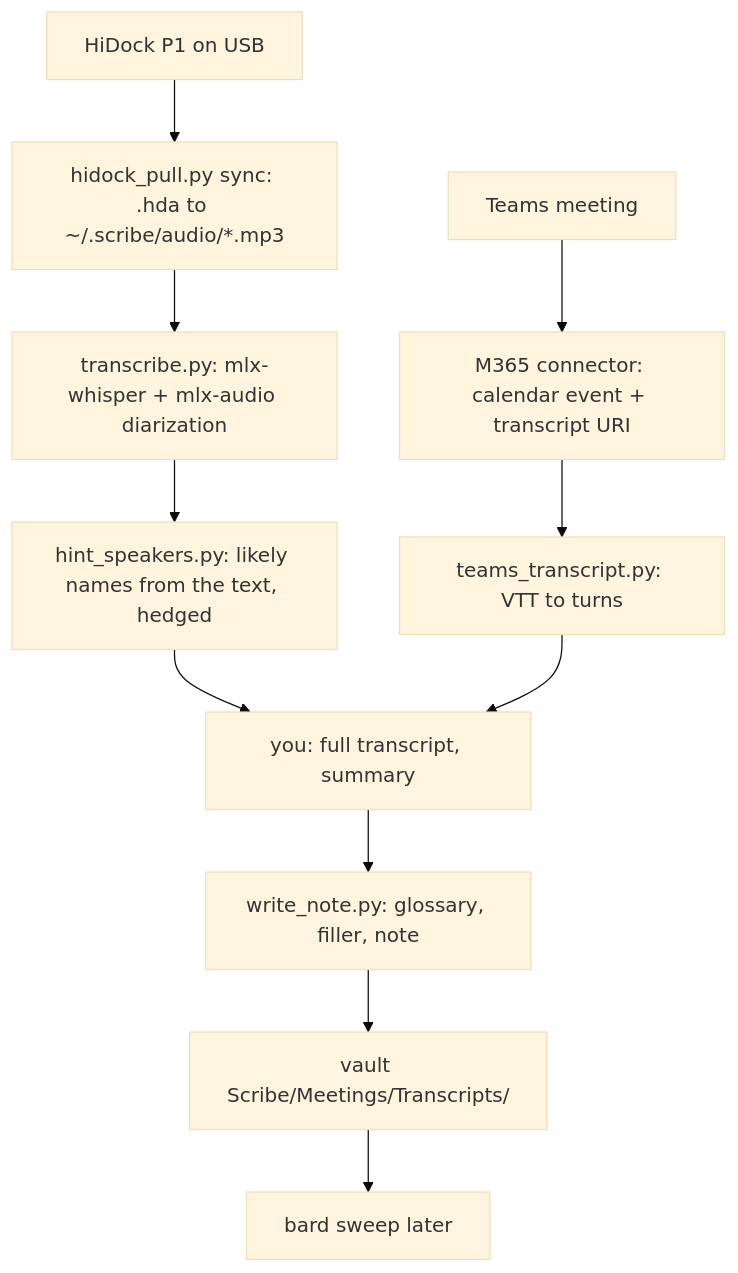
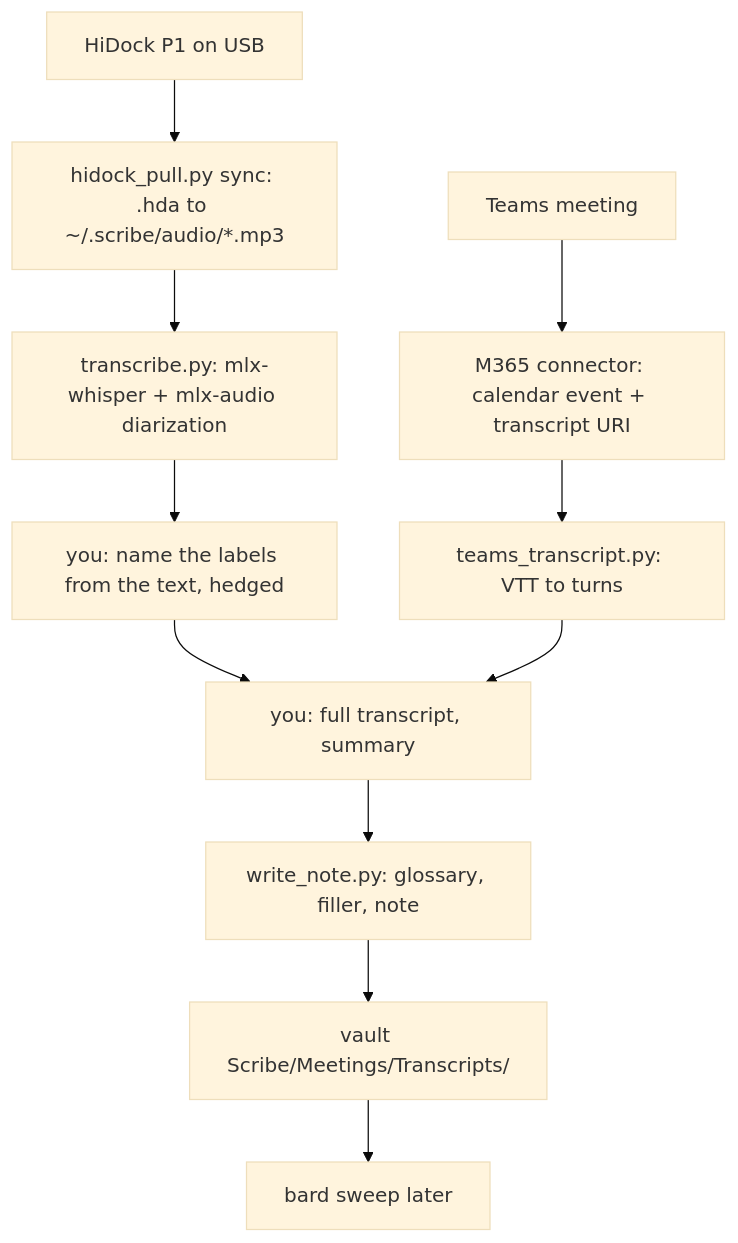
The diagram in scribe/SKILL.md (acastro2/alex-skills), drawn with Mermaid (base theme) before and after one commit. The commit also changed other lines of this file and 5 other files, not shown here.

````diff
--- a/scribe/SKILL.md
+++ b/scribe/SKILL.md
@@ -22,13 +22,13 @@
 ```mermaid
 graph TD
   T[Teams meeting] --> T2[M365 connector: calendar event + transcript URI]
   T2 --> P1[teams_transcript.py: VTT to turns]
   H[HiDock P1 on USB] --> H2[hidock_pull.py sync: .hda to ~/.scribe/audio/*.mp3]
   H2 --> H3[transcribe.py: mlx-whisper + mlx-audio diarization]
-  H3 --> H4[hint_speakers.py: likely names from the text, hedged]
+  H3 --> H4[you: name the labels from the text, hedged]
   H4 --> C[you: full transcript, summary]
   P1 --> C
   C --> W[write_note.py: glossary, filler, note]
   W --> O[vault Scribe/Meetings/Transcripts/]
   O --> B[bard sweep later]
 ```
````
